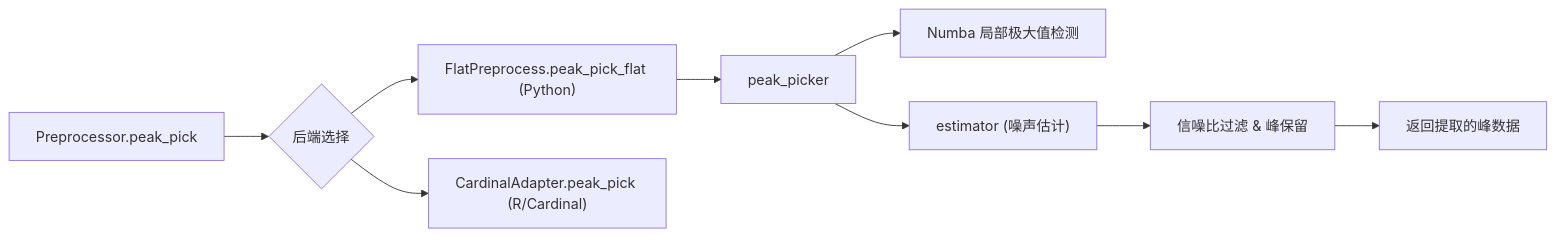
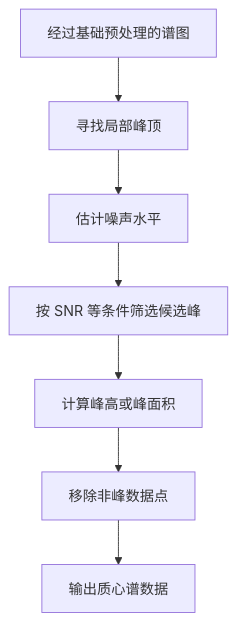
Before and after one commit to NeoNexusX/MassFlow: the diagram in docs/zh/peak_pick.md, drawn with Mermaid. The commit also changed other lines of this file and 15 other files, not shown here.

````diff
--- a/docs/zh/peak_pick.md
+++ b/docs/zh/peak_pick.md
@@ -29,11 +106,9 @@
 ```mermaid
-graph LR
-  A["Preprocessor.peak_pick"] --> B{后端选择}
-  B --> C["FlatPreprocess.peak_pick_flat (Python)"]
-  B --> D["CardinalAdapter.peak_pick (R/Cardinal)"]
-  C --> E[peak_picker]
-  E --> F["Numba 局部极大值检测"]
-  E --> G["estimator (噪声估计)"]
-  G --> H["信噪比过滤 & 峰保留"]
-  H --> I["返回提取的峰数据"]
+graph TD
+  A["经过基础预处理的谱图"] --> B["寻找局部峰顶"]
+  B --> C["估计噪声水平"]
+  C --> D["按 SNR 等条件筛选候选峰"]
+  D --> E["计算峰高或峰面积"]
+  E --> F["移除非峰数据点"]
+  F --> G["输出质心谱数据"]
 ```
````
